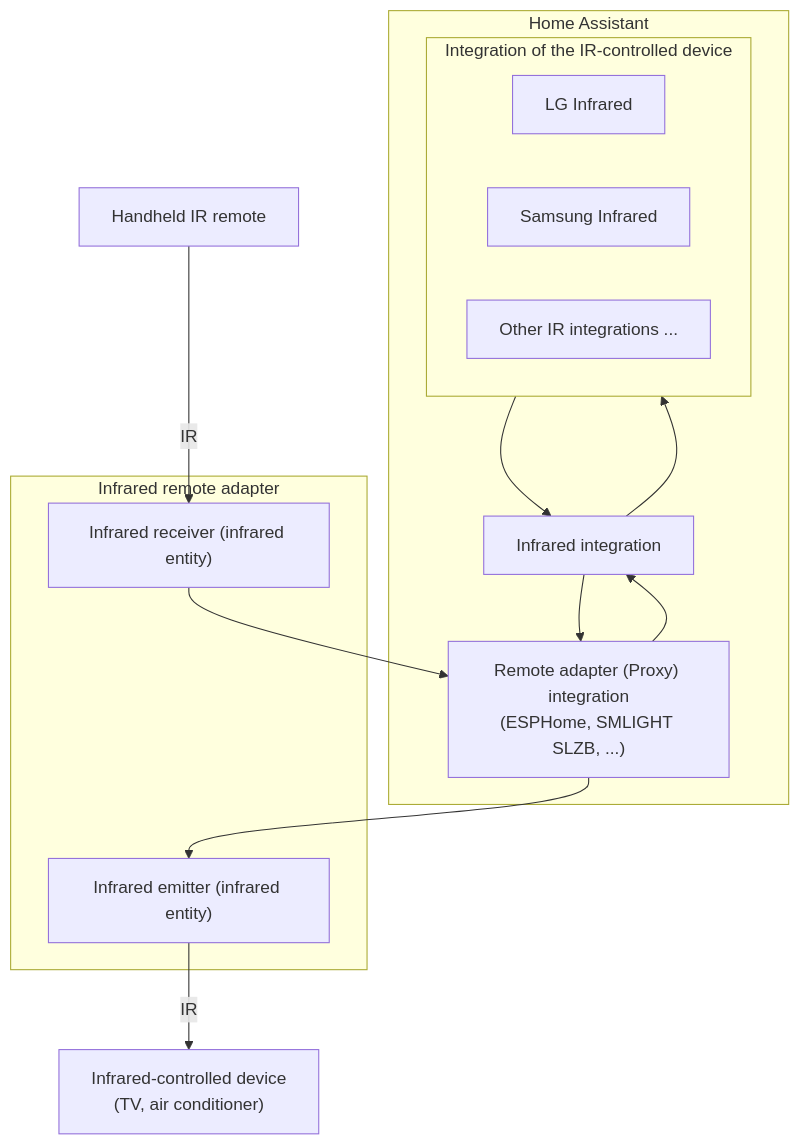
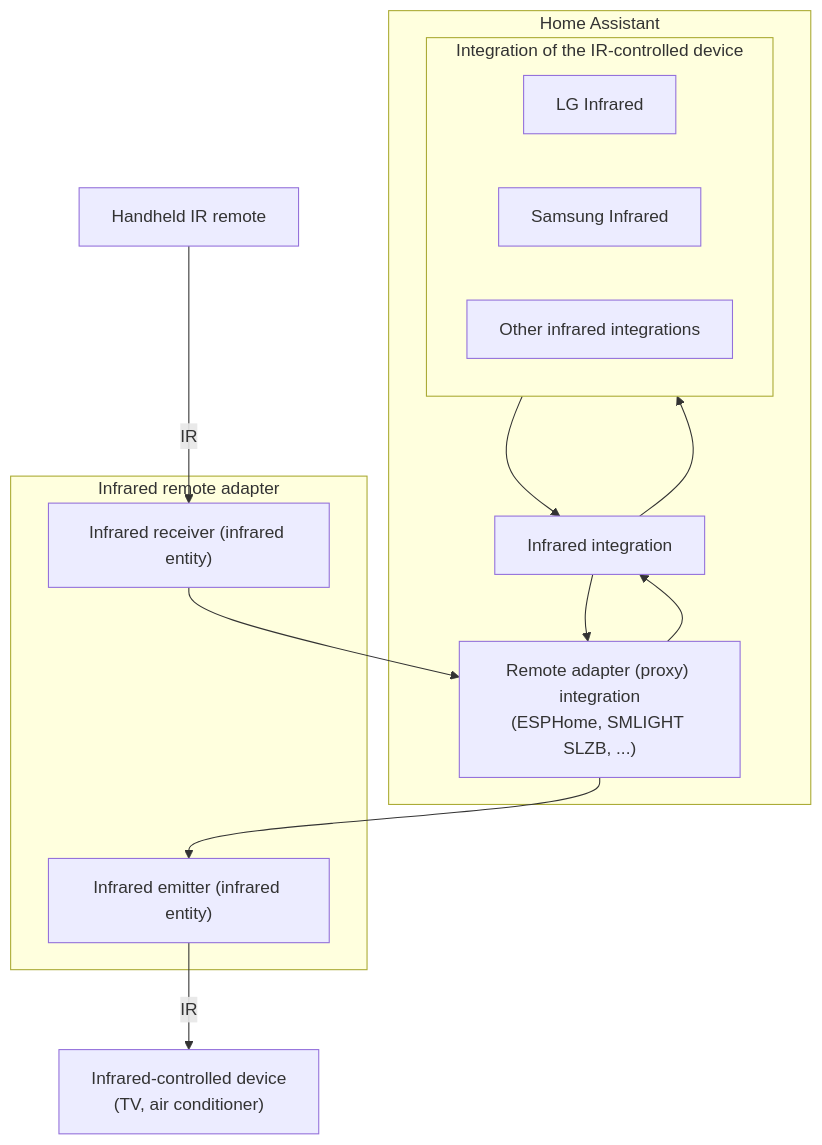
Before and after one commit to home-assistant/home-assistant.io: the diagram in source/images/integrations/infrared/infrared-overview.mmd, drawn with Mermaid.

Commit message:
Apply suggestions from code review

```diff
--- a/source/images/integrations/infrared/infrared-overview.mmd
+++ b/source/images/integrations/infrared/infrared-overview.mmd
@@ -1,30 +1,30 @@
 flowchart TB
     REMOTE["Handheld IR remote"]
 
     subgraph HA["Home Assistant"]
         subgraph DEV["Integration of the IR-controlled device"]
             LG["LG Infrared"]
             SAM["Samsung Infrared"]
-            OTHER["Other IR integrations ..."]
+            OTHER["Other infrared integrations"]
         end
 
         IRINT["Infrared integration"]
 
-        PROXYINT["Remote adapter (Proxy) integration<br/>(ESPHome, SMLIGHT SLZB, ...)"]
+        PROXYINT["Remote adapter (proxy) integration<br/>(ESPHome, SMLIGHT SLZB, ...)"]
     end
 
     subgraph ADAPTER["Infrared remote adapter"]
         EM["Infrared emitter (infrared entity)"]
         RC["Infrared receiver (infrared entity)"]
     end
 
     TV["Infrared-controlled device<br/>(TV, air conditioner)"]
 
     DEV --> IRINT
     IRINT --> PROXYINT
     PROXYINT --> EM
     EM -->|"IR"| TV
     REMOTE -->|"IR"| RC
     RC --> PROXYINT
     PROXYINT --> IRINT
     IRINT --> DEV
```
